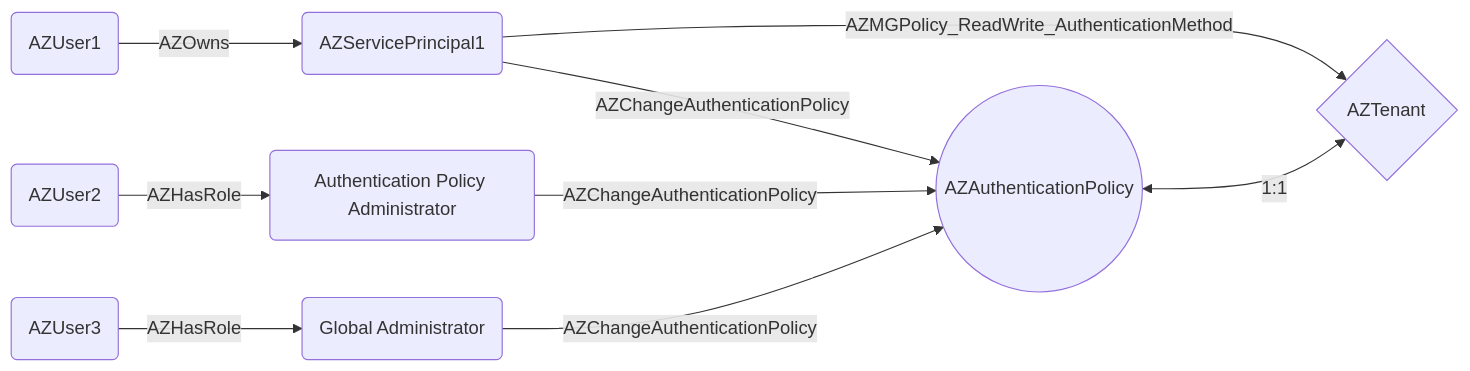
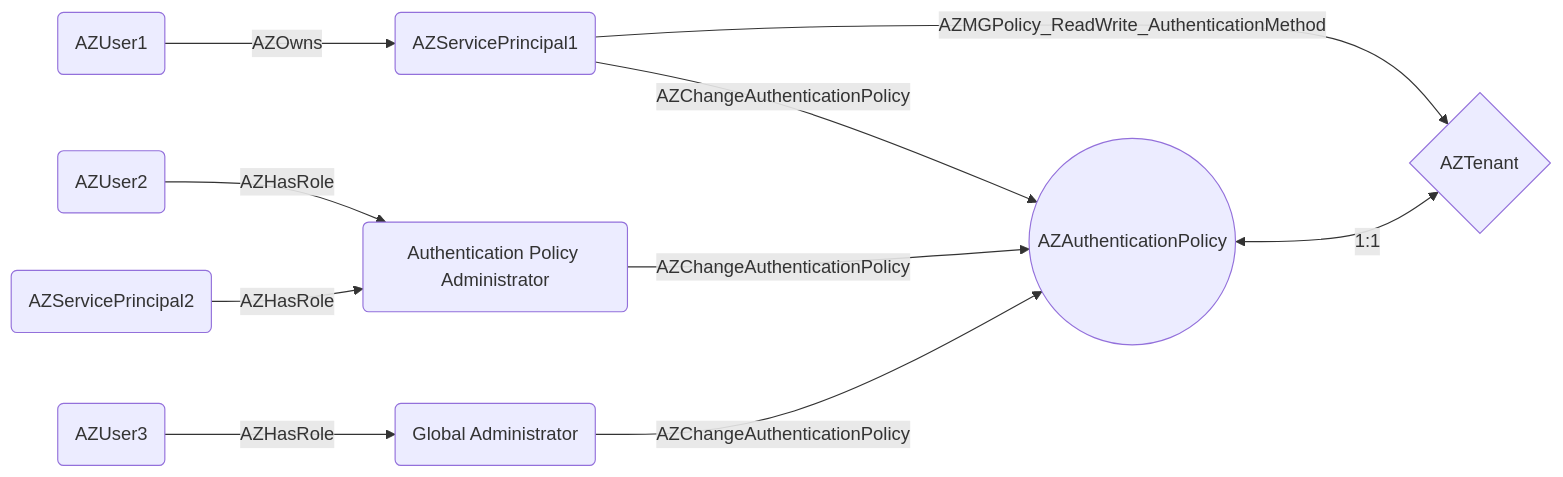
The second of 3 diagrams in README.md (MichaelGrafnetter/EntraAuthPolicyHound), drawn with Mermaid before and after one commit. The commit also changed other lines of this file and 5 other files, not shown here.

````diff
--- a/README.md
+++ b/README.md
@@ -97,13 +149,14 @@
 ```mermaid
 graph LR
     a1(AZServicePrincipal1) -- AZChangeAuthenticationPolicy --> p((AZAuthenticationPolicy))
     a1(AZServicePrincipal1) -- AZMGPolicy_ReadWrite_AuthenticationMethod --> t{AZTenant}
     r1(Authentication Policy Administrator) -- AZChangeAuthenticationPolicy --> p
     r2(Global Administrator) -- AZChangeAuthenticationPolicy --> p
     
     p <-- 1:1 --> t
 
     u1(AZUser1) -- AZOwns --> a1
     u2(AZUser2) -- AZHasRole --> r1
     u3(AZUser3) -- AZHasRole --> r2
+    a2(AZServicePrincipal2) -- AZHasRole --> r1
 ```
````
